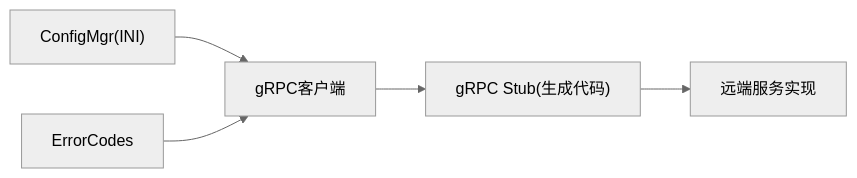
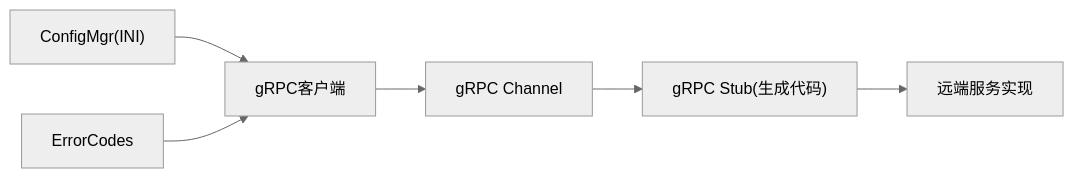
The seventh of 8 diagrams in .qoder/repowiki/zh/content/网络通信/gRPC微服务接口/gRPC客户端实现指南.md (echo9923/mychatter), drawn with Mermaid (neutral theme) before and after one commit. The commit also changed other lines of this file and 54 other files, not shown here.

````diff
--- a/.qoder/repowiki/zh/content/网络通信/gRPC微服务接口/gRPC客户端实现指南.md
+++ b/.qoder/repowiki/zh/content/网络通信/gRPC微服务接口/gRPC客户端实现指南.md
@@ -286,7 +257,8 @@
 ```mermaid
 graph LR
 Config["ConfigMgr(INI)"] --> Client["gRPC客户端"]
-Client --> Proto["gRPC Stub(生成代码)"]
+Client --> Channel["gRPC Channel"]
+Channel --> Proto["gRPC Stub(生成代码)"]
 Proto --> Service["远端服务实现"]
 Error["ErrorCodes"] --> Client
 ```
````
